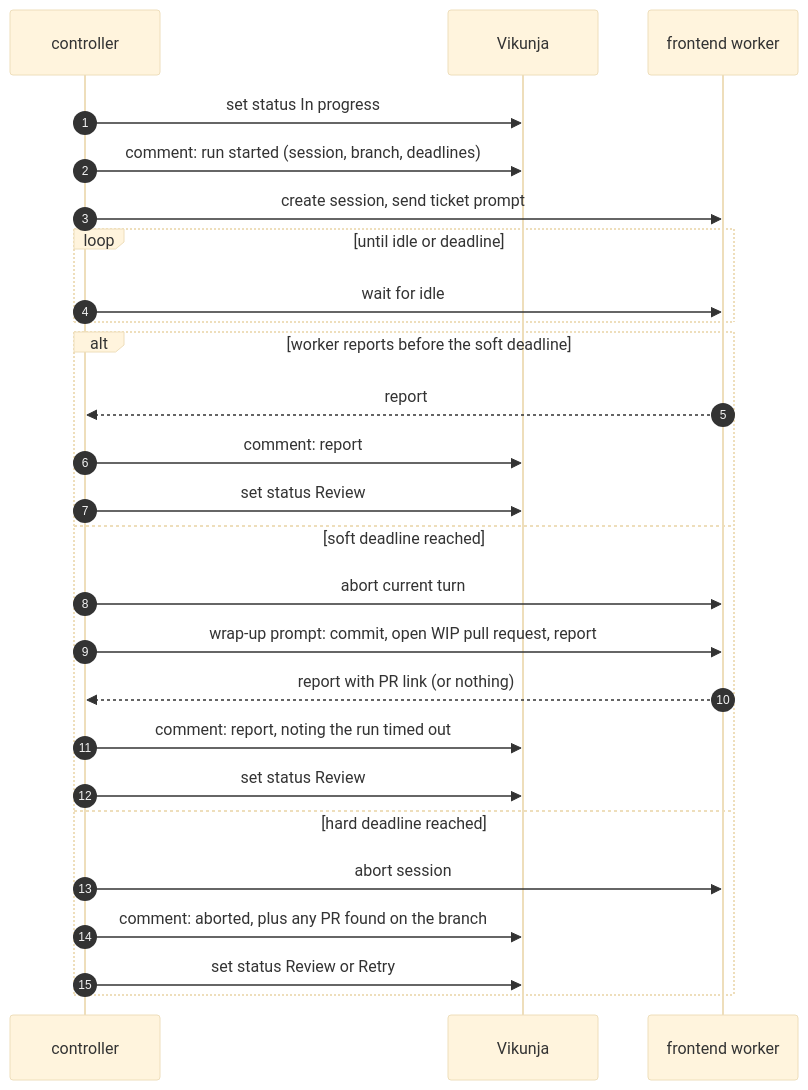
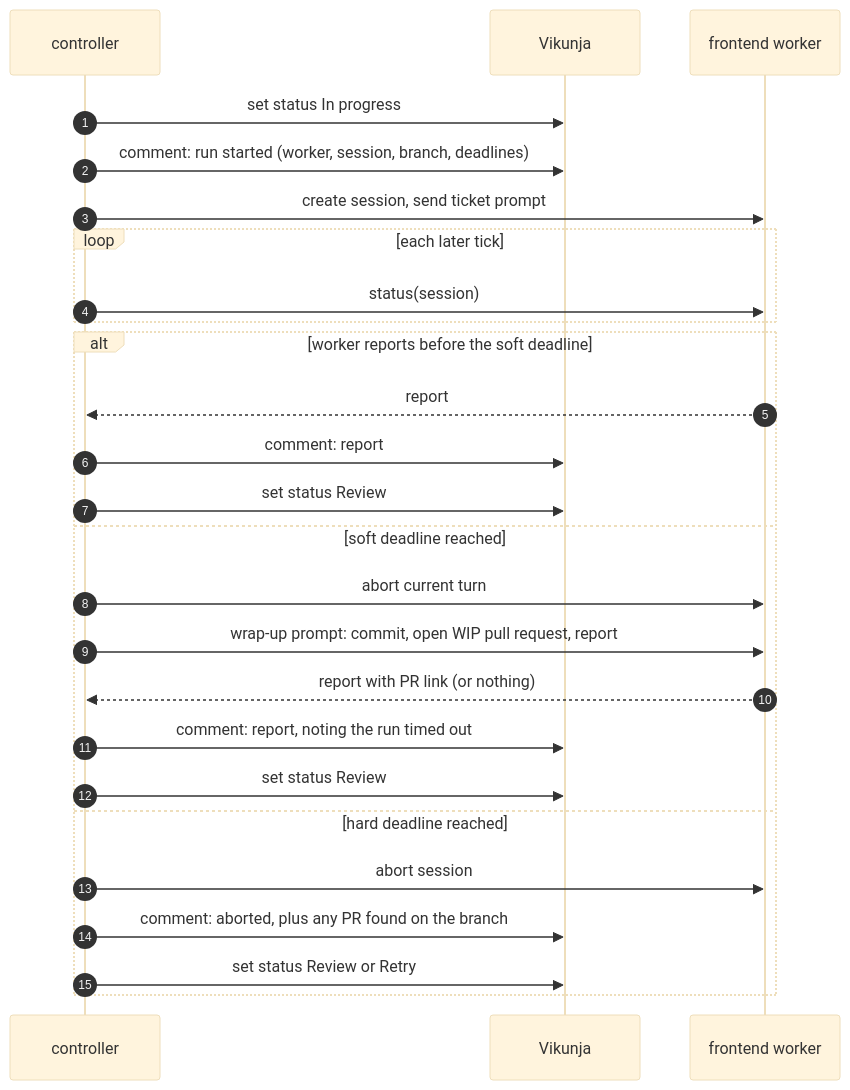
The fourth of 4 diagrams in agent-team/apps/docs/frontend-ctr-proposal.md (lgdelacruz92/agent-team), drawn with Mermaid (base theme) before and after one commit. The commit also changed other lines of this file, not shown here.

````diff
--- a/agent-team/apps/docs/frontend-ctr-proposal.md
+++ b/agent-team/apps/docs/frontend-ctr-proposal.md
@@ -119,28 +187,28 @@
 ```mermaid
 sequenceDiagram
     autonumber
     participant C as controller
     participant V as Vikunja
     participant F as frontend worker
     C->>V: set status In progress
-    C->>V: comment: run started (session, branch, deadlines)
+    C->>V: comment: run started (worker, session, branch, deadlines)
     C->>F: create session, send ticket prompt
-    loop until idle or deadline
-        C->>F: wait for idle
+    loop each later tick
+        C->>F: status(session)
     end
     alt worker reports before the soft deadline
         F-->>C: report
         C->>V: comment: report
         C->>V: set status Review
     else soft deadline reached
         C->>F: abort current turn
         C->>F: wrap-up prompt: commit, open WIP pull request, report
         F-->>C: report with PR link (or nothing)
         C->>V: comment: report, noting the run timed out
         C->>V: set status Review
     else hard deadline reached
         C->>F: abort session
         C->>V: comment: aborted, plus any PR found on the branch
         C->>V: set status Review or Retry
     end
 ```
````
